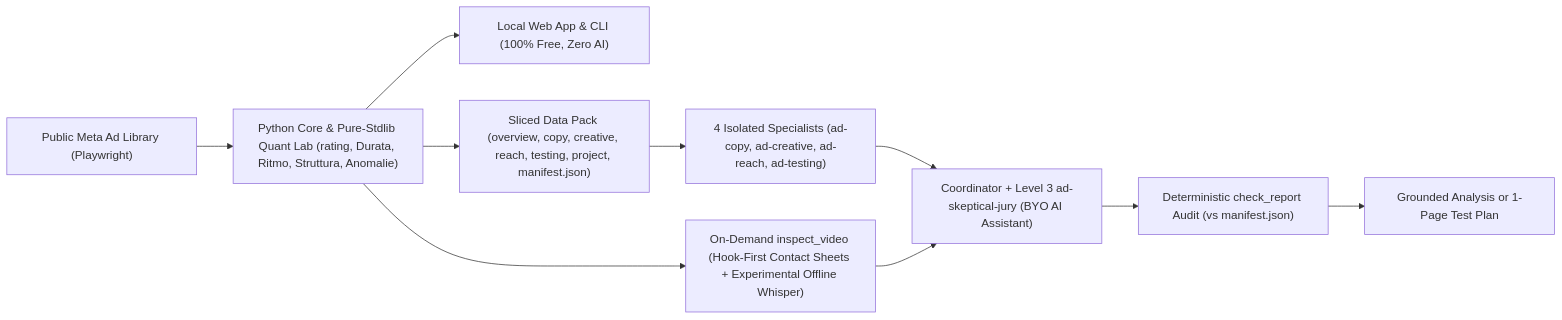
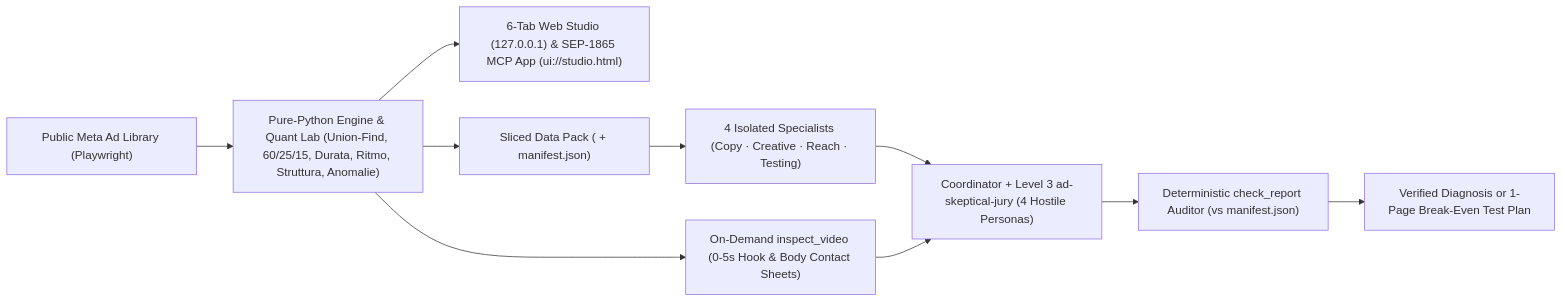
The diagram in README.md (KlausZanaj/ad_library_insights), drawn with Mermaid before and after one commit. The commit also changed other lines of this file and 12 other files, not shown here.

````diff
--- a/README.md
+++ b/README.md
@@ -48,12 +117,12 @@
 ```mermaid
 flowchart LR
-    Meta["Public Meta Ad Library (Playwright)"] --> Core["Python Core & Pure-Stdlib Quant Lab (rating, Durata, Ritmo, Struttura, Anomalie)"]
-    Core --> UI["Local Web App & CLI (100% Free, Zero AI)"]
-    Core --> Pack["Sliced Data Pack (overview, copy, creative, reach, testing, project, manifest.json)"]
-    Core --> Video["On-Demand inspect_video (Hook-First Contact Sheets + Experimental Offline Whisper)"]
-    Pack --> Specs["4 Isolated Specialists (ad-copy, ad-creative, ad-reach, ad-testing)"]
-    Specs --> Coord["Coordinator + Level 3 ad-skeptical-jury (BYO AI Assistant)"]
-    Video --> Coord
-    Coord --> Audit["Deterministic check_report Audit (vs manifest.json)"]
-    Audit --> Out["Grounded Analysis or 1-Page Test Plan"]
+    Meta["Public Meta Ad Library (Playwright)"] --> Core["Pure-Python Engine & Quant Lab (Union-Find, 60/25/15, Durata, Ritmo, Struttura, Anomalie)"]
+    Core --> Studio["6-Tab Web Studio (127.0.0.1) & SEP-1865 MCP App (ui://studio.html)"]
+    Core --> Video["On-Demand inspect_video (0-5s Hook & Body Contact Sheets)"]
+    Core --> Pack["Sliced Data Pack (<untrusted_ad_content> + manifest.json)"]
+    Pack --> Specs["4 Isolated Specialists (Copy · Creative · Reach · Testing)"]
+    Specs --> Jury["Coordinator + Level 3 ad-skeptical-jury (4 Hostile Personas)"]
+    Video --> Jury
+    Jury --> Audit["Deterministic check_report Auditor (vs manifest.json)"]
+    Audit --> Plan["Verified Diagnosis or 1-Page Break-Even Test Plan"]
 ```
````
